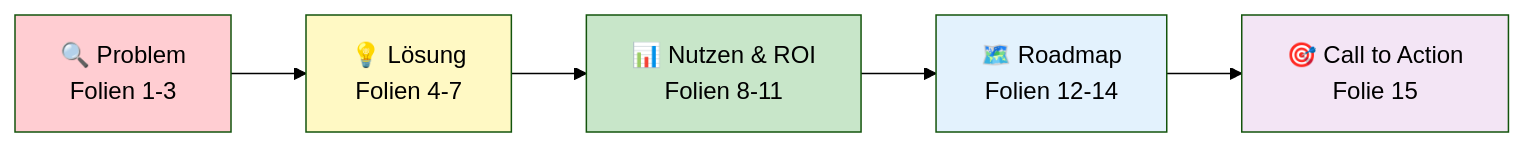
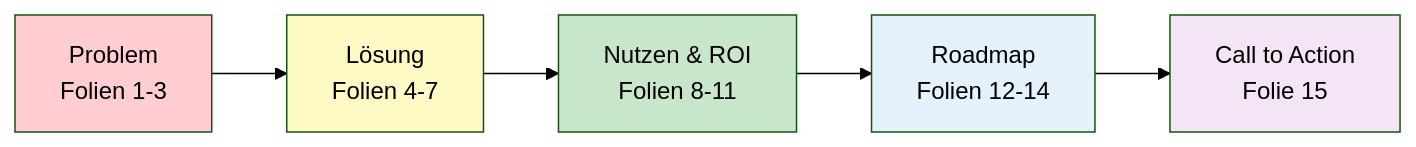
The second of 4 diagrams in office_de.md (justinsz/ProPrompt), drawn with Mermaid (forest theme) before and after one commit. The commit also changed other lines of this file and 11 other files, not shown here.

````diff
--- a/office_de.md
+++ b/office_de.md
@@ -234,13 +234,13 @@
 ```mermaid
 flowchart LR
-    A[🔍 Problem<br/>Folien 1-3] --> B[💡 Lösung<br/>Folien 4-7]
-    B --> C[📊 Nutzen & ROI<br/>Folien 8-11]
-    C --> D[🗺️ Roadmap<br/>Folien 12-14]
-    D --> E[🎯 Call to Action<br/>Folie 15]
-    
+    A[Problem<br/>Folien 1-3] --> B[Lösung<br/>Folien 4-7]
+    B --> C[Nutzen & ROI<br/>Folien 8-11]
+    C --> D[Roadmap<br/>Folien 12-14]
+    D --> E[Call to Action<br/>Folie 15]
+
     style A fill:#ffcdd2
     style B fill:#fff9c4
     style C fill:#c8e6c9
     style D fill:#e3f2fd
     style E fill:#f3e5f5
 ```
````
